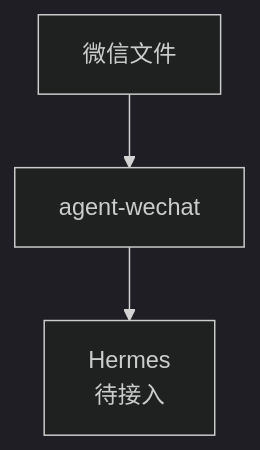
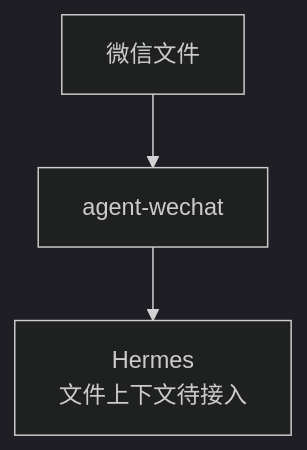
Before and after one commit to Tangbohu09527/CF_ecommerce-automation-docs: the second of 2 diagrams in architecture/ai-system-overview.md, drawn with Mermaid (dark theme). The commit also changed other lines of this file and 20 other files, not shown here.

Commit message:
docs: update V1 staging architecture and validation records

````diff
--- a/architecture/ai-system-overview.md
+++ b/architecture/ai-system-overview.md
@@ -108,5 +108,5 @@
 ```mermaid
 flowchart TB
     F["微信文件"] --> A["agent-wechat"]
-    A --> H["Hermes<br/>待接入"]
+    A --> H["Hermes<br/>文件上下文待接入"]
 ```
````
